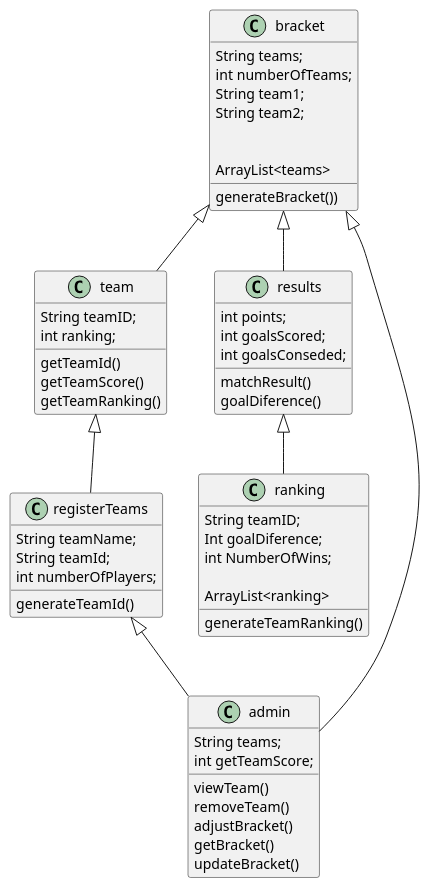
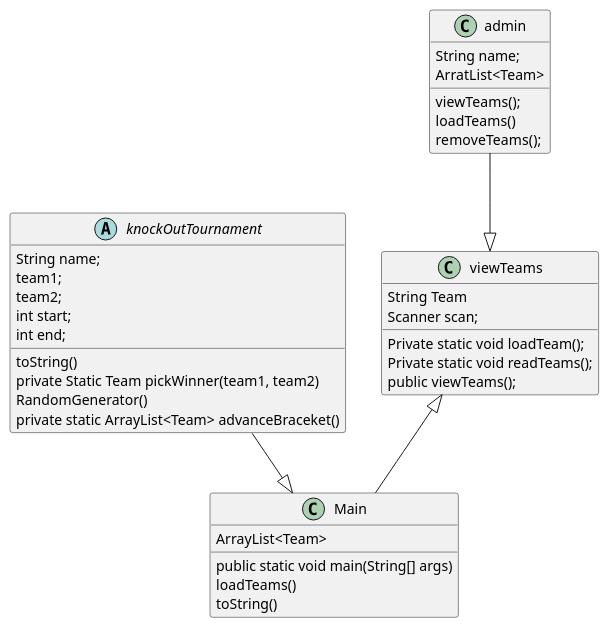
Before and after one commit to asphixia/sp3: the diagram in board.puml, drawn with PlantUML.

```diff
--- a/board.puml
+++ b/board.puml
@@ -1,63 +1,44 @@
 @startuml
-
-class team extends bracket{
-String teamID;
-int ranking;
-
-getTeamId()
-getTeamScore()
-getTeamRanking()
-}
-class registerTeams extends team {
-String teamName;
-String teamId;
-int numberOfPlayers;
-
-generateTeamId()
-
-
-}
-
-class bracket{
-String teams;
-int numberOfTeams;
-String team1;
-String team2;
-
-
-generateBracket())
-ArrayList<teams>
-}
-
-class ranking extends results{
-String teamID;
-Int goalDiference;
-int NumberOfWins;
-
-generateTeamRanking()
-ArrayList<ranking>
-}
-
-class admin extends registerTeams, bracket{
-String teams;
-int getTeamScore;
-
-viewTeam()
-removeTeam()
-adjustBracket()
-getBracket()
-updateBracket()
-}
-class results extends bracket {
-int points;
-int goalsScored;
-int goalsConseded;
-
-matchResult()
-goalDiference()
-}
 
 
 
+class viewTeams{
+    String Team
+    Private static void loadTeam();
+    Private static void readTeams();
+    public viewTeams();
+    Scanner scan;
+}
+
+class Main{
+    public static void main(String[] args)
+    ArrayList<Team>
+    loadTeams()
+    toString()
+
+}
+abstract class knockOutTournament{
+    String name;
+    team1;
+    team2;
+    int start;
+    int end;
+    toString()
+    private Static Team pickWinner(team1, team2)
+    RandomGenerator()
+    private static ArrayList<Team> advanceBraceket()
+}
+class admin{
+    String name;
+    viewTeams();
+    loadTeams()
+    removeTeams();
+    ArratList<Team>
+}
+
+viewTeams <|-- Main
+admin --|> viewTeams
+knockOutTournament --|> Main
+
 
 @enduml
```
